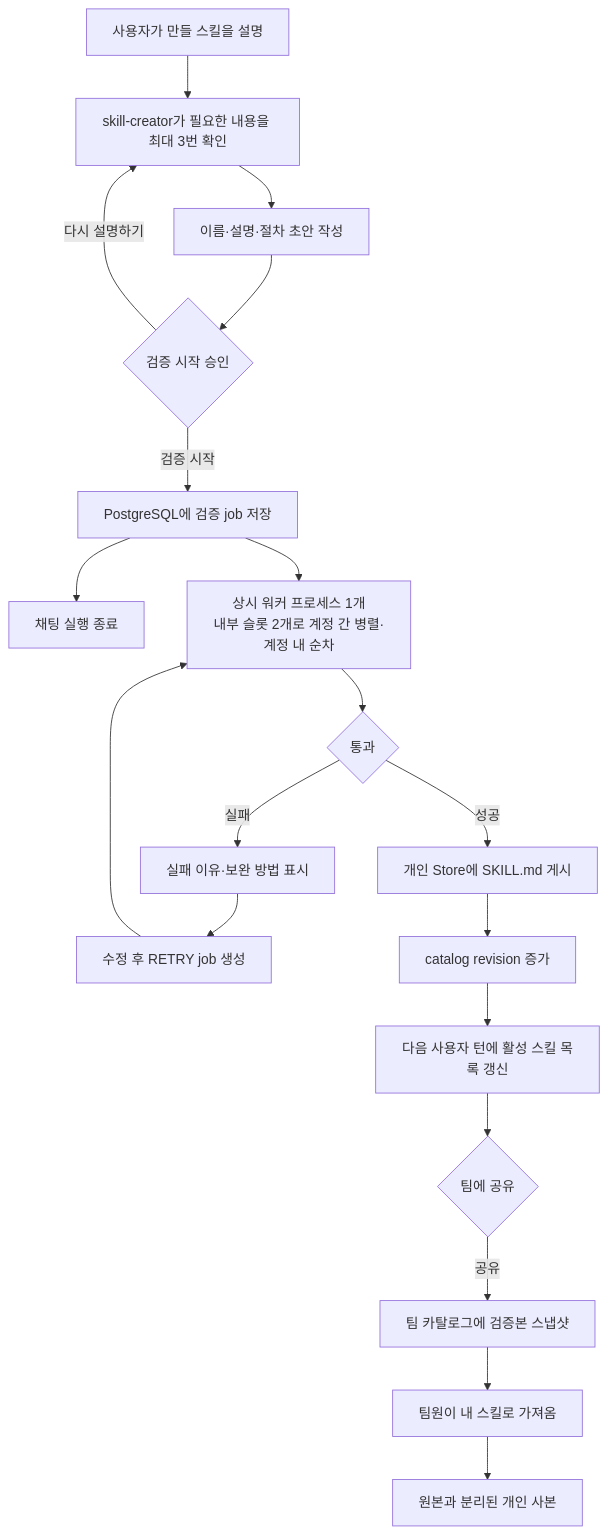
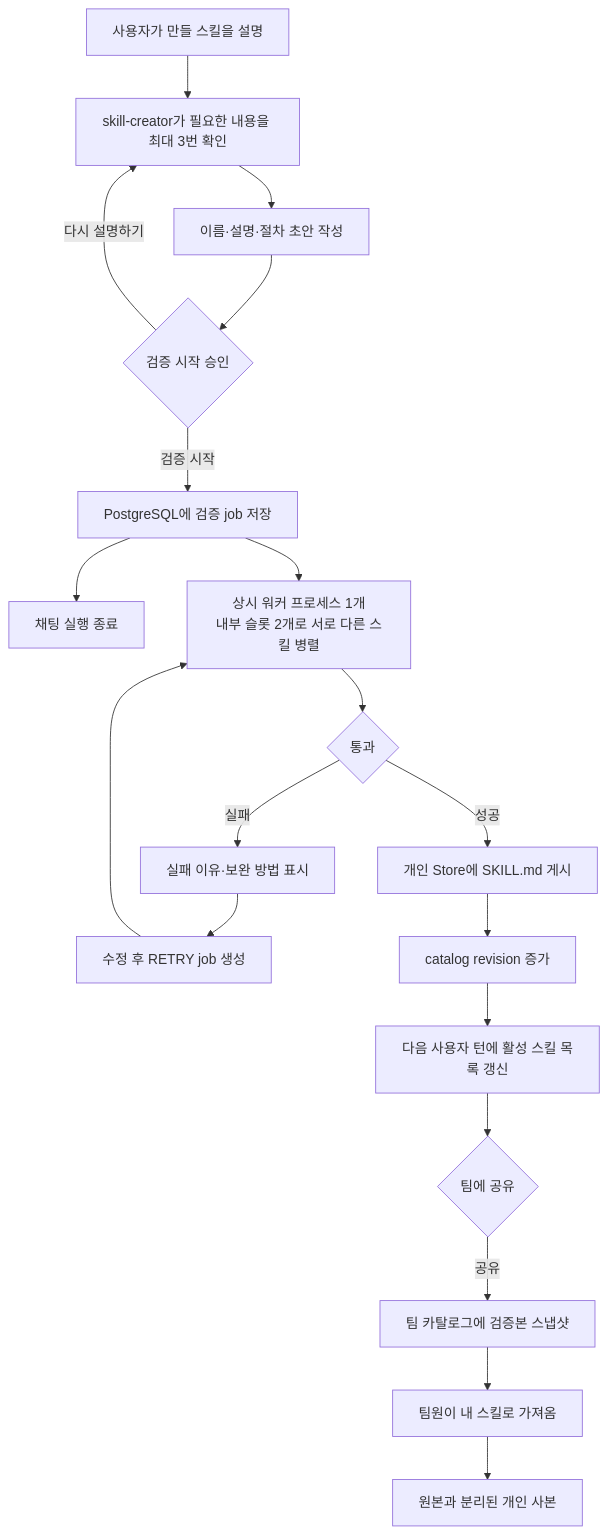
One commit to SKNETWORKS-FAMILY-AICAMP/SKN29-FINAL-2TEAM changed the diagram in docs/설계 및 구현/3_중간발표 이후/작업기록/Juyeon_Agents_Description/03_스킬_검증_등록_설계.md. Above: the diagram before and after it, drawn with Mermaid. The commit also changed other lines of this file and 5 other files, not shown here.

````diff
--- a/docs/설계 및 구현/3_중간발표 이후/작업기록/Juyeon_Agents_Description/03_스킬_검증_등록_설계.md
+++ b/docs/설계 및 구현/3_중간발표 이후/작업기록/Juyeon_Agents_Description/03_스킬_검증_등록_설계.md
@@ -8,21 +8,21 @@
 ```mermaid
 flowchart TD
     A[사용자가 만들 스킬을 설명] --> B[skill-creator가 필요한 내용을 최대 3번 확인]
     B --> C[이름·설명·절차 초안 작성]
     C --> D{검증 시작 승인}
     D -->|다시 설명하기| B
     D -->|검증 시작| E[PostgreSQL에 검증 job 저장]
     E --> F[채팅 실행 종료]
-    E --> G[상시 워커 프로세스 1개<br/>내부 슬롯 2개로 계정 간 병렬·계정 내 순차]
+    E --> G[상시 워커 프로세스 1개<br/>내부 슬롯 2개로 서로 다른 스킬 병렬]
     G --> H{통과}
     H -->|실패| I[실패 이유·보완 방법 표시]
     I --> J[수정 후 RETRY job 생성]
     J --> G
     H -->|성공| K[개인 Store에 SKILL.md 게시]
     K --> L[catalog revision 증가]
     L --> M[다음 사용자 턴에 활성 스킬 목록 갱신]
     M --> N{팀에 공유}
     N -->|공유| O[팀 카탈로그에 검증본 스냅샷]
     O --> P[팀원이 내 스킬로 가져옴]
     P --> Q[원본과 분리된 개인 사본]
 ```
````
